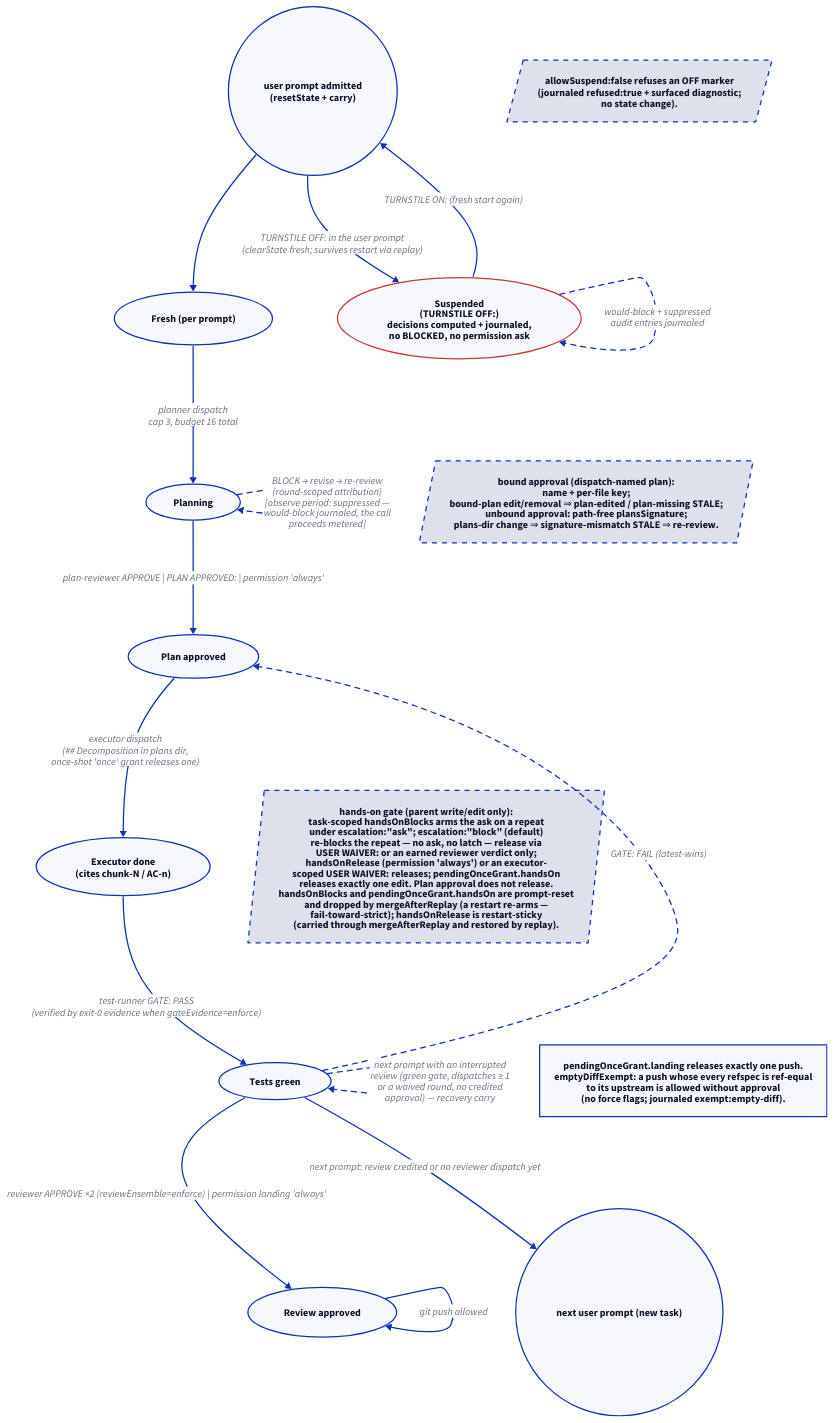
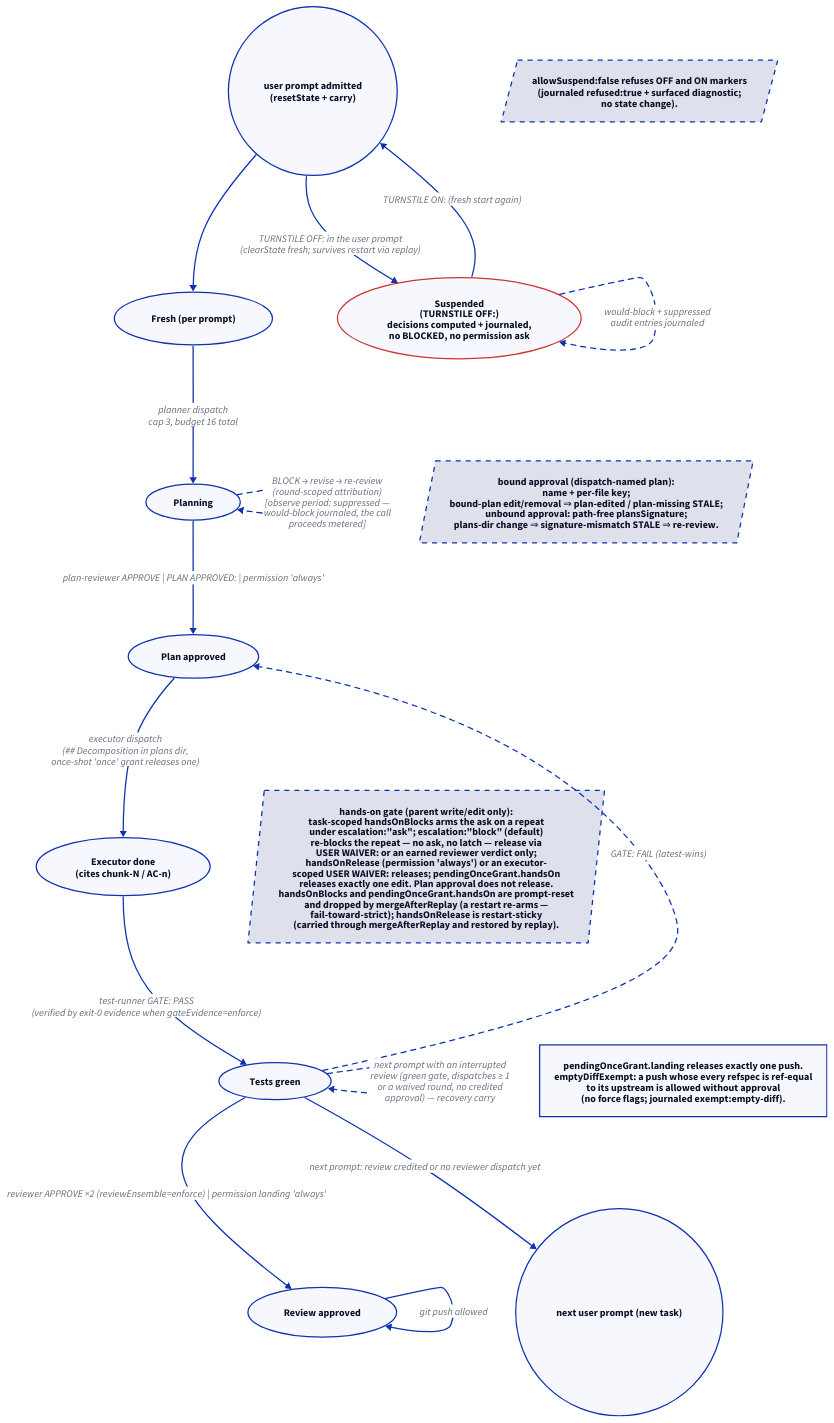
One commit to edseabolt/turnstile changed the diagram in docs/diagrams/d04-gate-state.d2. Above: the diagram before and after it, drawn with D2. The commit also changed 2 other files, not shown here.

Commit message:
docs(diagrams): d04 refused-note covers OFF and ON markers

```diff
--- a/docs/diagrams/d04-gate-state.d2
+++ b/docs/diagrams/d04-gate-state.d2
@@ -1,81 +1,81 @@
 direction: down
 
 fresh: "Fresh (per prompt)" {
   shape: oval
 }
 planning: "Planning" {
   shape: oval
 }
 planok: "Plan approved" {
   shape: oval
 }
 executor: "Executor done\n(cites chunk-N / AC-n)" {
   shape: oval
 }
 green: "Tests green" {
   shape: oval
 }
 reviewed: "Review approved" {
   shape: oval
 }
 end: "next user prompt (new task)" {
   shape: circle
 }
 
 start: "user prompt admitted\n(resetState + carry)" {
   shape: circle
 }
 
 start -> fresh
 fresh -> planning: "planner dispatch\ncap 3, budget 16 total"
 planning -> planok: "plan-reviewer APPROVE | PLAN APPROVED: | permission 'always'"
 planning -> planning: "BLOCK → revise → re-review\n(round-scoped attribution)\n[observe period: suppressed —\nwould-block journaled, the call\nproceeds metered]" {
   style.stroke-dash: 4
 }
 planok -> executor: "executor dispatch\n(## Decomposition in plans dir,\nonce-shot 'once' grant releases one)"
 executor -> green: "test-runner GATE: PASS\n(verified by exit-0 evidence when gateEvidence=enforce)"
 green -> planok: "GATE: FAIL (latest-wins)" {
   style.stroke-dash: 4
 }
 green -> reviewed: "reviewer APPROVE ×2 (reviewEnsemble=enforce) | permission landing 'always'"
 reviewed -> reviewed: "git push allowed"
 green -> end: "next prompt: review credited or no reviewer dispatch yet"
 green -> green: "next prompt with an interrupted\nreview (green gate, dispatches ≥ 1\nor a waived round, no credited\napproval) — recovery carry" {
   style.stroke-dash: 4
 }
 
 suspend: "Suspended\n(TURNSTILE OFF:)\ndecisions computed + journaled,\nno BLOCKED, no permission ask" {
   shape: oval
   style.stroke: "#c33"
 }
 suspend -> suspend: "would-block + suppressed\naudit entries journaled" {
   style.stroke-dash: 4
 }
 start -> suspend: "TURNSTILE OFF: in the user prompt\n(clearState fresh; survives restart via replay)"
 suspend -> start: "TURNSTILE ON: (fresh start again)"
-refused-note: "allowSuspend:false refuses an OFF marker\n(journaled refused:true + surfaced diagnostic;\nno state change)." {
+refused-note: "allowSuspend:false refuses OFF and ON markers\n(journaled refused:true + surfaced diagnostic;\nno state change)." {
   style.stroke-dash: 4
   shape: parallelogram
 }
 refused-note -> suspend: "" {
   style.opacity: 0
 }
 
 planok-note: "bound approval (dispatch-named plan):\nname + per-file key;\nbound-plan edit/removal ⇒ plan-edited / plan-missing STALE;\nunbound approval: path-free plansSignature;\nplans-dir change ⇒ signature-mismatch STALE ⇒ re-review." {
   style.stroke-dash: 4
   shape: parallelogram
 }
 reviewed-note: "pendingOnceGrant.landing releases exactly one push.\nemptyDiffExempt: a push whose every refspec is ref-equal\nto its upstream is allowed without approval\n(no force flags; journaled exempt:empty-diff)."
 handson-note: "hands-on gate (parent write/edit only):\ntask-scoped handsOnBlocks arms the ask on a repeat\nunder escalation:\"ask\"; escalation:\"block\" (default)\nre-blocks the repeat — no ask, no latch — release via\nUSER WAIVER: or an earned reviewer verdict only;\nhandsOnRelease (permission 'always') or an executor-\nscoped USER WAIVER: releases; pendingOnceGrant.handsOn\nreleases exactly one edit. Plan approval does not release.\nhandsOnBlocks and pendingOnceGrant.handsOn are prompt-reset\nand dropped by mergeAfterReplay (a restart re-arms —\nfail-toward-strict); handsOnRelease is restart-sticky\n(carried through mergeAfterReplay and restored by replay)." {
   style.stroke-dash: 4
   shape: parallelogram
 }
 planok-note -> planok: "" {
   style.opacity: 0
 }
 reviewed-note -> reviewed: "" {
   style.opacity: 0
 }
 handson-note -> green: "" {
   style.opacity: 0
 }
```
